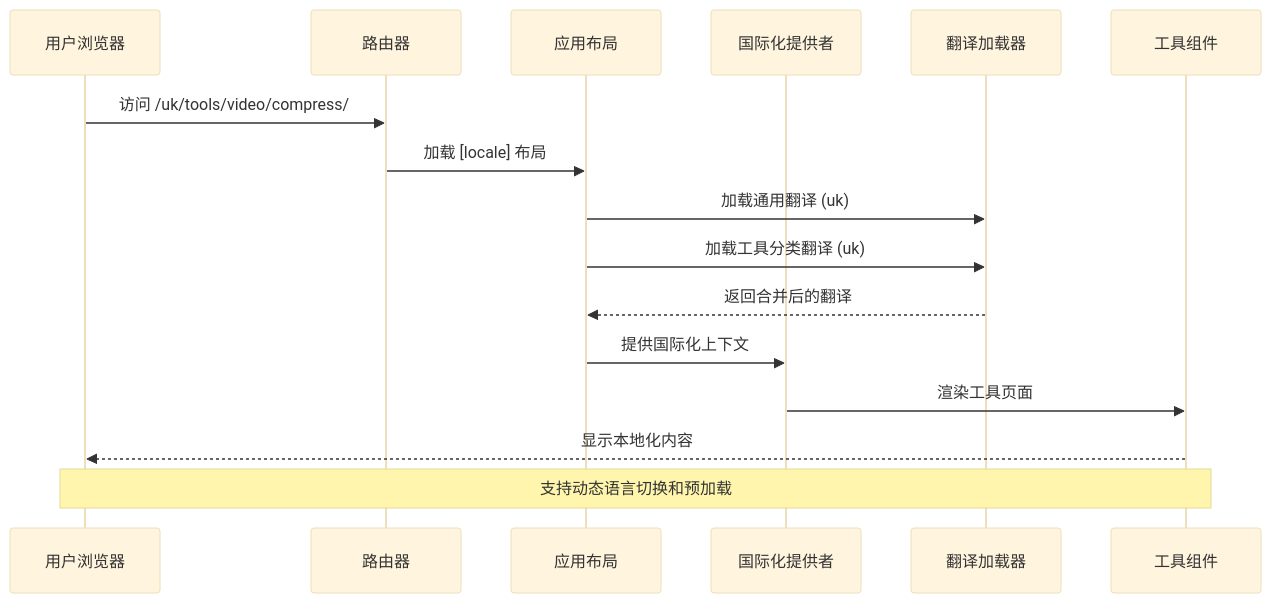
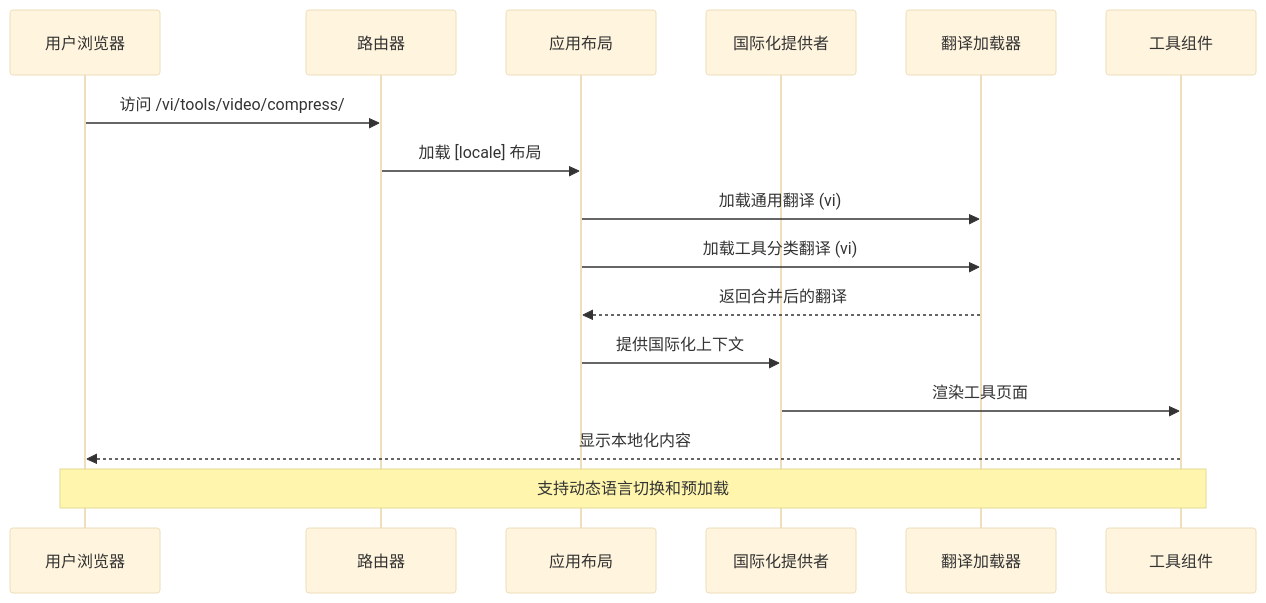
One commit to sgyy/privadeck changed the fourth of 9 diagrams in .qoder/repowiki/zh/content/技术架构/国际化系统.md. Above: the diagram before and after it, drawn with Mermaid (base theme). The commit also changed other lines of this file and 6 other files, not shown here.

````diff
--- a/.qoder/repowiki/zh/content/技术架构/国际化系统.md
+++ b/.qoder/repowiki/zh/content/技术架构/国际化系统.md
@@ -235,18 +241,18 @@
 ```mermaid
 sequenceDiagram
 participant User as 用户浏览器
 participant Router as 路由器
 participant Layout as 应用布局
 participant Provider as 国际化提供者
 participant Messages as 翻译加载器
 participant Tools as 工具组件
-User->>Router : 访问 /uk/tools/video/compress/
+User->>Router : 访问 /vi/tools/video/compress/
 Router->>Layout : 加载 [locale] 布局
-Layout->>Messages : 加载通用翻译 (uk)
-Layout->>Messages : 加载工具分类翻译 (uk)
+Layout->>Messages : 加载通用翻译 (vi)
+Layout->>Messages : 加载工具分类翻译 (vi)
 Messages-->>Layout : 返回合并后的翻译
 Layout->>Provider : 提供国际化上下文
 Provider->>Tools : 渲染工具页面
 Tools-->>User : 显示本地化内容
 Note over User,Tools : 支持动态语言切换和预加载
 ```
````
